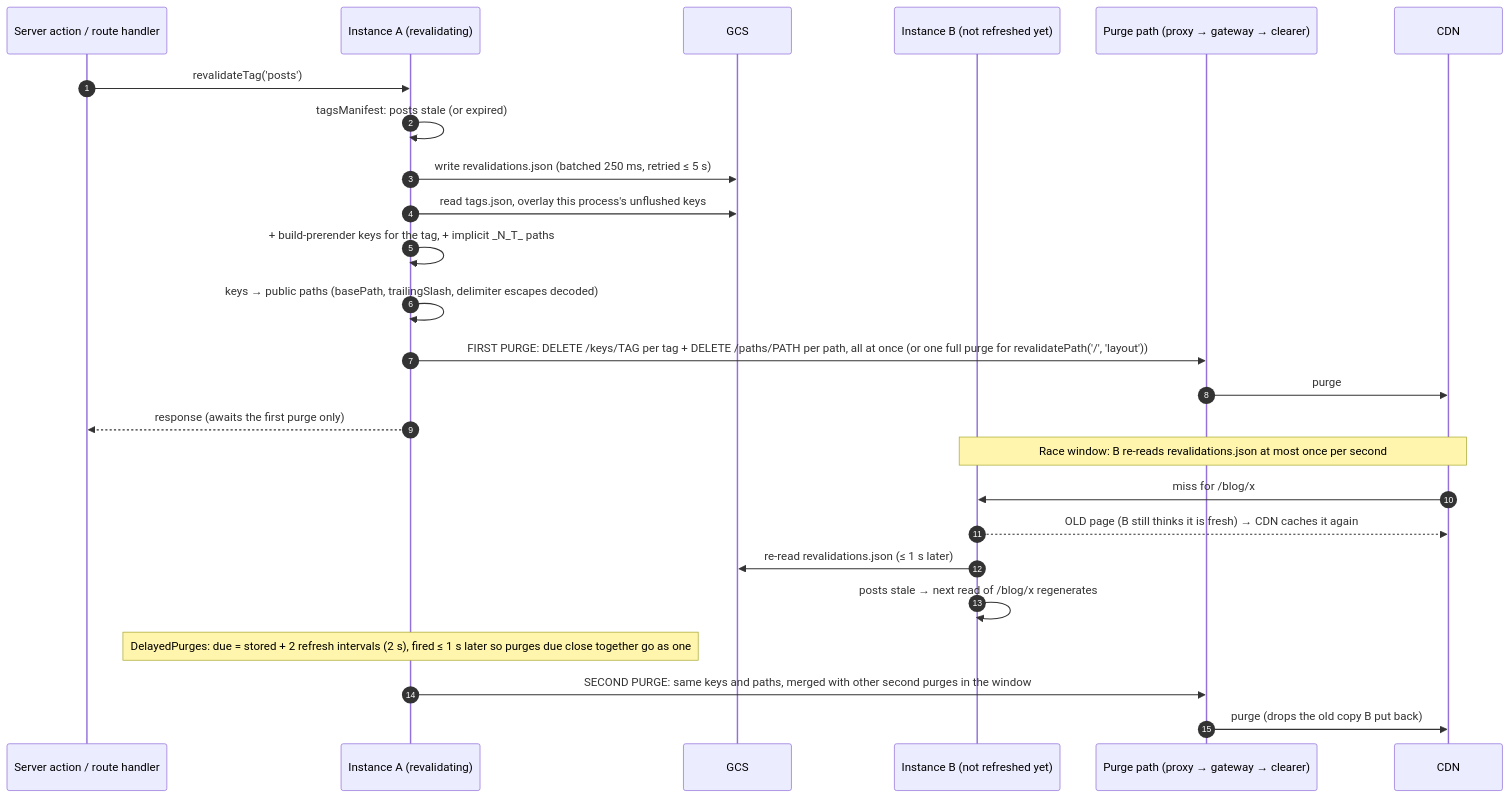
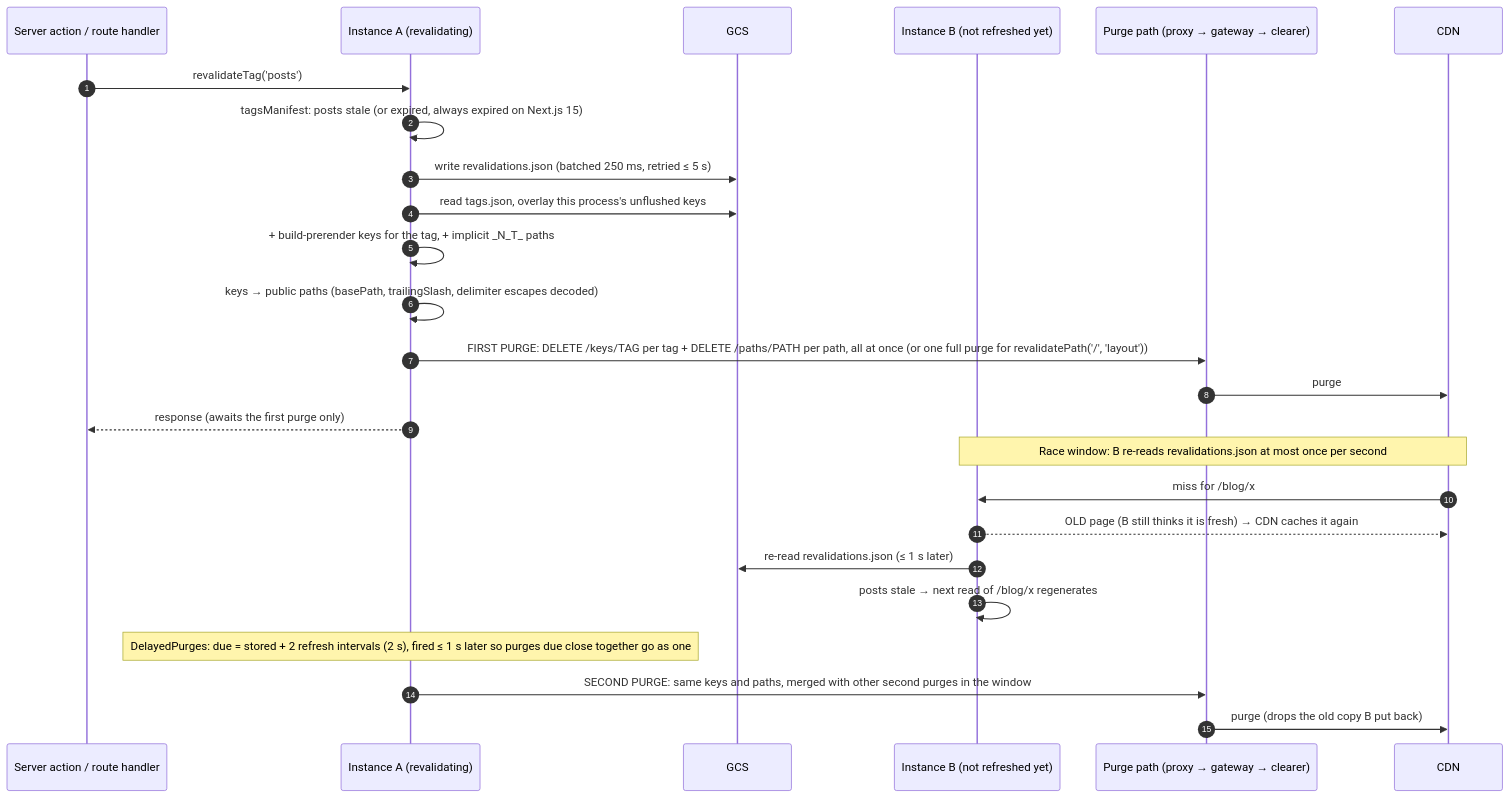
Before and after one commit to pantheon-systems/nextjs-cache-handler: the third of 5 diagrams in ARCHITECTURE.md, drawn with Mermaid. The commit also changed other lines of this file and 18 other files, not shown here.

````diff
--- a/ARCHITECTURE.md
+++ b/ARCHITECTURE.md
@@ -98,31 +103,31 @@
 ```mermaid
 sequenceDiagram
   autonumber
   participant Caller as Server action / route handler
   participant A as Instance A (revalidating)
   participant G as GCS
   participant B as Instance B (not refreshed yet)
   participant P as Purge path (proxy → gateway → clearer)
   participant CDN
 
   Caller->>A: revalidateTag('posts')
-  A->>A: tagsManifest: posts stale (or expired)
+  A->>A: tagsManifest: posts stale (or expired, always expired on Next.js 15)
   A->>G: write revalidations.json (batched 250 ms, retried ≤ 5 s)
   A->>G: read tags.json, overlay this process's unflushed keys
   A->>A: + build-prerender keys for the tag, + implicit _N_T_ paths
   A->>A: keys → public paths (basePath, trailingSlash, delimiter escapes decoded)
   A->>P: FIRST PURGE: DELETE /keys/TAG per tag + DELETE /paths/PATH per path, all at once (or one full purge for revalidatePath('/', 'layout'))
   P->>CDN: purge
   A-->>Caller: response (awaits the first purge only)
 
   Note over B,CDN: Race window: B re-reads revalidations.json at most once per second
   CDN->>B: miss for /blog/x
   B-->>CDN: OLD page (B still thinks it is fresh) → CDN caches it again
 
   B->>G: re-read revalidations.json (≤ 1 s later)
   B->>B: posts stale → next read of /blog/x regenerates
 
   Note over A: DelayedPurges: due = stored + 2 refresh intervals (2 s), fired ≤ 1 s later so purges due close together go as one
   A->>P: SECOND PURGE: same keys and paths, merged with other second purges in the window
   P->>CDN: purge (drops the old copy B put back)
 ```
````
